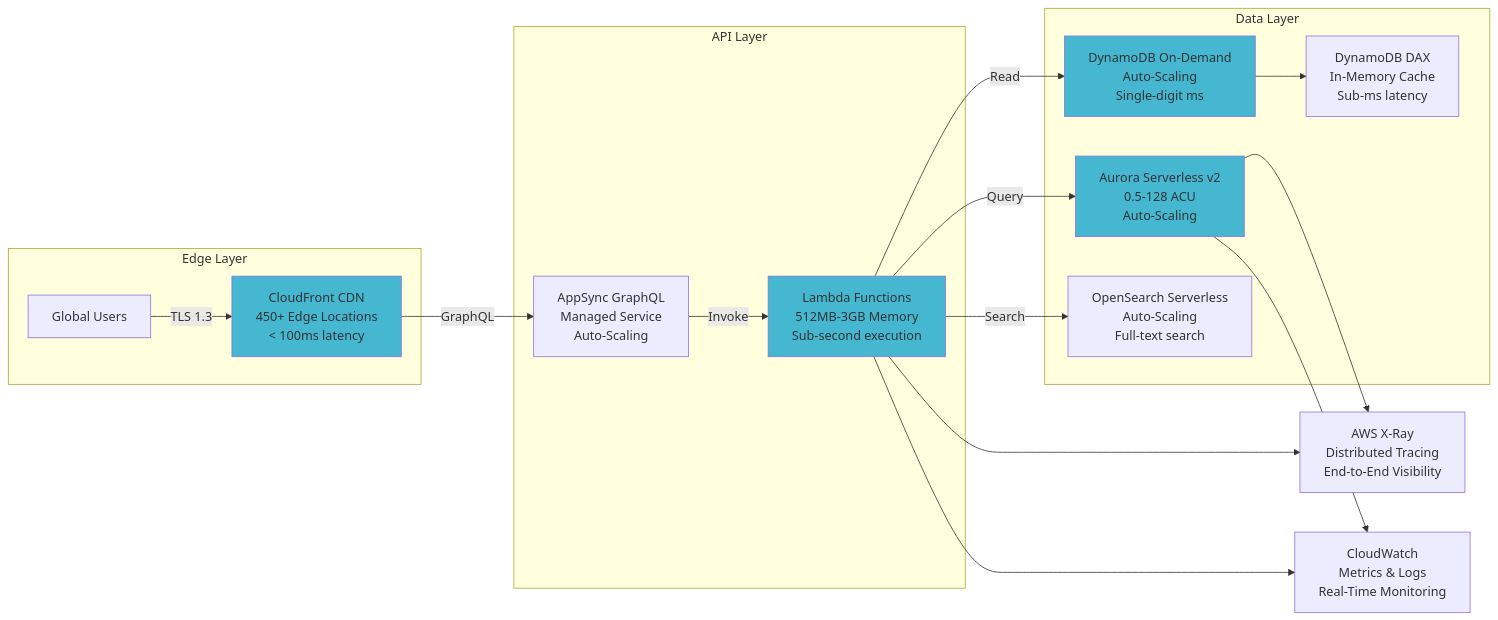
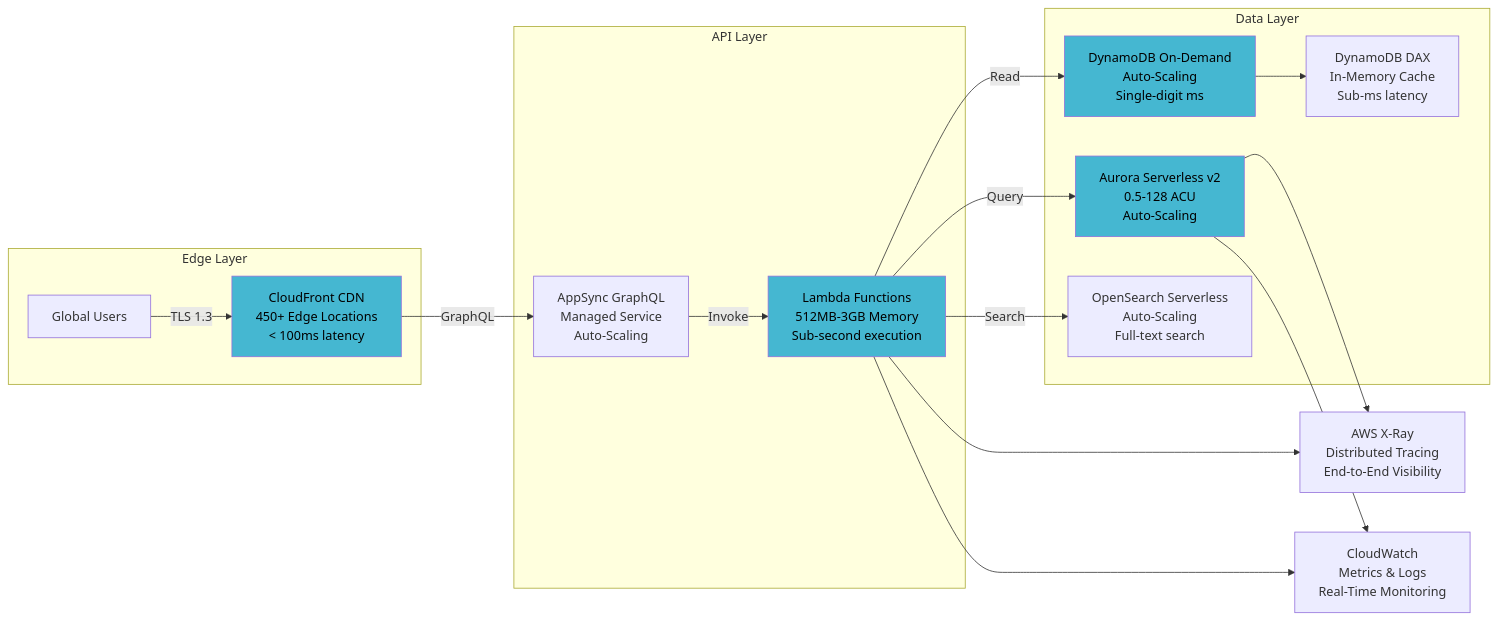
One commit to Hack23/riksdagsmonitor changed the eighth of 14 diagrams in FUTURE_ARCHITECTURE.md. Above: the diagram before and after it, drawn with Mermaid. The commit also changed other lines of this file and 11 other files, not shown here.

First line of the commit message:
Fix broken mermaid diagrams: SWOT gantt, quadrantChart theming, init quotes, text colors

````diff
--- a/FUTURE_ARCHITECTURE.md
+++ b/FUTURE_ARCHITECTURE.md
@@ -1057,40 +1057,40 @@
 ```mermaid
 graph LR
     subgraph "Edge Layer"
         User[Global Users]
         CloudFront[CloudFront CDN<br/>450+ Edge Locations<br/>< 100ms latency]
     end
     
     subgraph "API Layer"
         AppSync[AppSync GraphQL<br/>Managed Service<br/>Auto-Scaling]
         Lambda[Lambda Functions<br/>512MB-3GB Memory<br/>Sub-second execution]
     end
     
     subgraph "Data Layer"
         Aurora[Aurora Serverless v2<br/>0.5-128 ACU<br/>Auto-Scaling]
         DynamoDB[DynamoDB On-Demand<br/>Auto-Scaling<br/>Single-digit ms]
         DAX[DynamoDB DAX<br/>In-Memory Cache<br/>Sub-ms latency]
         OpenSearch[OpenSearch Serverless<br/>Auto-Scaling<br/>Full-text search]
     end
     
     User -->|TLS 1.3| CloudFront
     CloudFront -->|GraphQL| AppSync
     AppSync -->|Invoke| Lambda
     Lambda -->|Query| Aurora
     Lambda -->|Read| DynamoDB
     DynamoDB --> DAX
     Lambda -->|Search| OpenSearch
     
     XRay[AWS X-Ray<br/>Distributed Tracing<br/>End-to-End Visibility]
     CloudWatch[CloudWatch<br/>Metrics & Logs<br/>Real-Time Monitoring]
     
     Lambda --> XRay
     Aurora --> XRay
     Lambda --> CloudWatch
     Aurora --> CloudWatch
     
-    style CloudFront fill:#45B7D1
-    style Lambda fill:#45B7D1
-    style Aurora fill:#45B7D1
-    style DynamoDB fill:#45B7D1
+    style CloudFront fill:#45B7D1,color:#000000
+    style Lambda fill:#45B7D1,color:#000000
+    style Aurora fill:#45B7D1,color:#000000
+    style DynamoDB fill:#45B7D1,color:#000000
 ```
````
